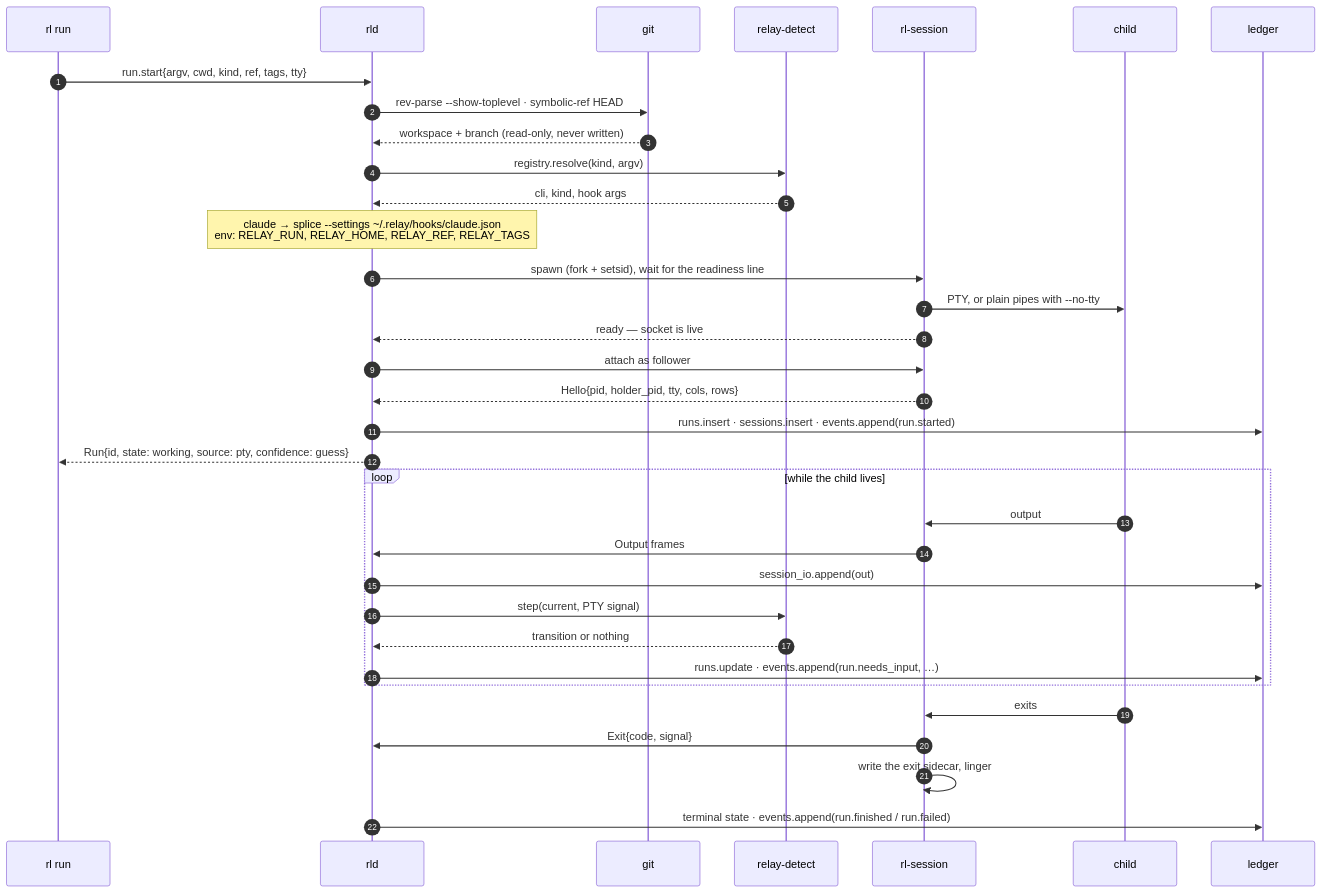
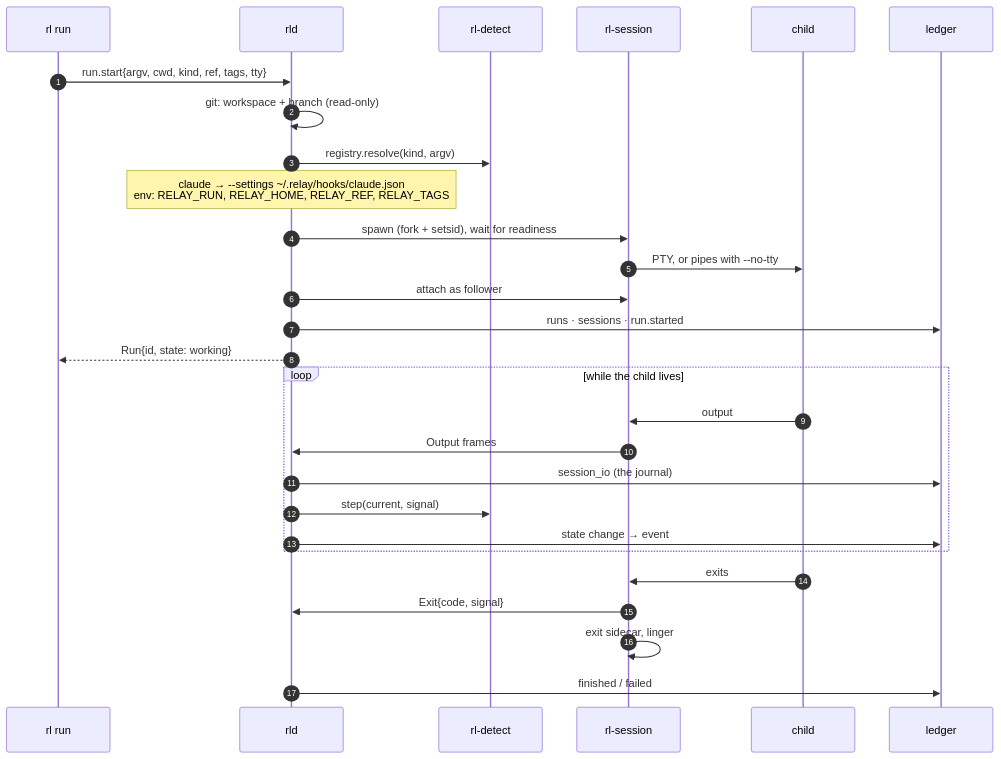
The third of 6 diagrams in docs/ARCHITECTURE.md (instilled/relay), drawn with Mermaid before and after one commit. The commit also changed other lines of this file and 1 other file, not shown here.

Commit message:
Architecture and README, slimmed to what the tree is and how to start (#166)

````diff
--- a/docs/ARCHITECTURE.md
+++ b/docs/ARCHITECTURE.md
@@ -123,39 +106,33 @@
 ```mermaid
 sequenceDiagram
     autonumber
     participant U as rl run
     participant D as rld
-    participant G as git
-    participant R as relay-detect
+    participant R as rl-detect
     participant S as rl-session
     participant C as child
     participant L as ledger
 
     U->>D: run.start{argv, cwd, kind, ref, tags, tty}
-    D->>G: rev-parse --show-toplevel · symbolic-ref HEAD
-    G-->>D: workspace + branch (read-only, never written)
+    D->>D: git: workspace + branch (read-only)
     D->>R: registry.resolve(kind, argv)
-    R-->>D: cli, kind, hook args
-    Note over D: claude → splice --settings ~/.relay/hooks/claude.json<br/>env: RELAY_RUN, RELAY_HOME, RELAY_REF, RELAY_TAGS
-    D->>S: spawn (fork + setsid), wait for the readiness line
-    S->>C: PTY, or plain pipes with --no-tty
-    S-->>D: ready — socket is live
+    Note over D: claude → --settings ~/.relay/hooks/claude.json<br/>env: RELAY_RUN, RELAY_HOME, RELAY_REF, RELAY_TAGS
+    D->>S: spawn (fork + setsid), wait for readiness
+    S->>C: PTY, or pipes with --no-tty
     D->>S: attach as follower
-    S-->>D: Hello{pid, holder_pid, tty, cols, rows}
-    D->>L: runs.insert · sessions.insert · events.append(run.started)
-    D-->>U: Run{id, state: working, source: pty, confidence: guess}
+    D->>L: runs · sessions · run.started
+    D-->>U: Run{id, state: working}
 
     loop while the child lives
         C->>S: output
         S->>D: Output frames
-        D->>L: session_io.append(out)
-        D->>R: step(current, PTY signal)
-        R-->>D: transition or nothing
-        D->>L: runs.update · events.append(run.needs_input, …)
+        D->>L: session_io (the journal)
+        D->>R: step(current, signal)
+        D->>L: state change → event
     end
 
     C->>S: exits
     S->>D: Exit{code, signal}
-    S->>S: write the exit sidecar, linger
-    D->>L: terminal state · events.append(run.finished / run.failed)
+    S->>S: exit sidecar, linger
+    D->>L: finished / failed
 ```
````
